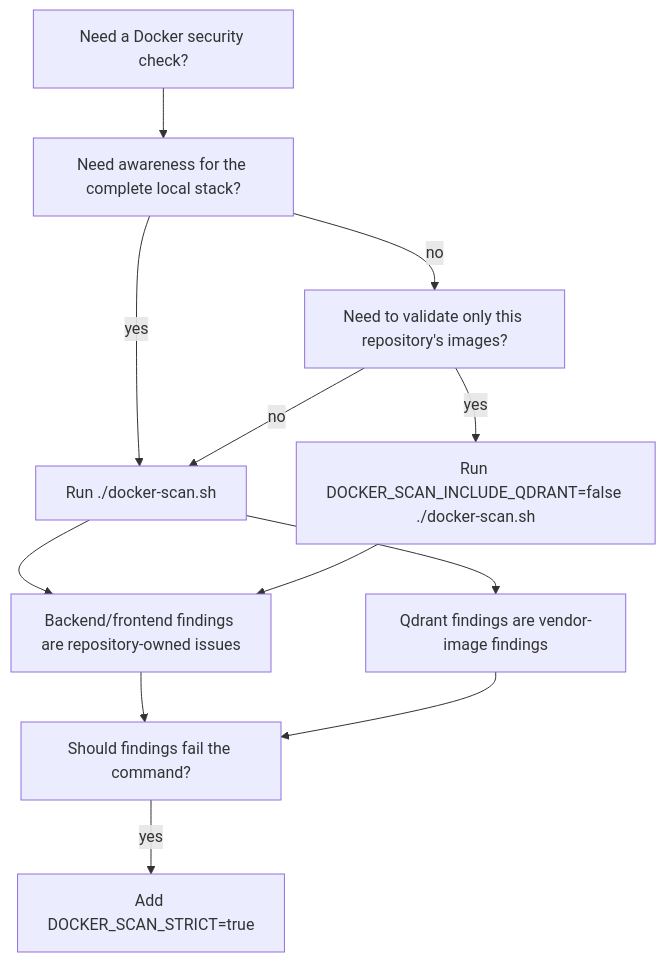
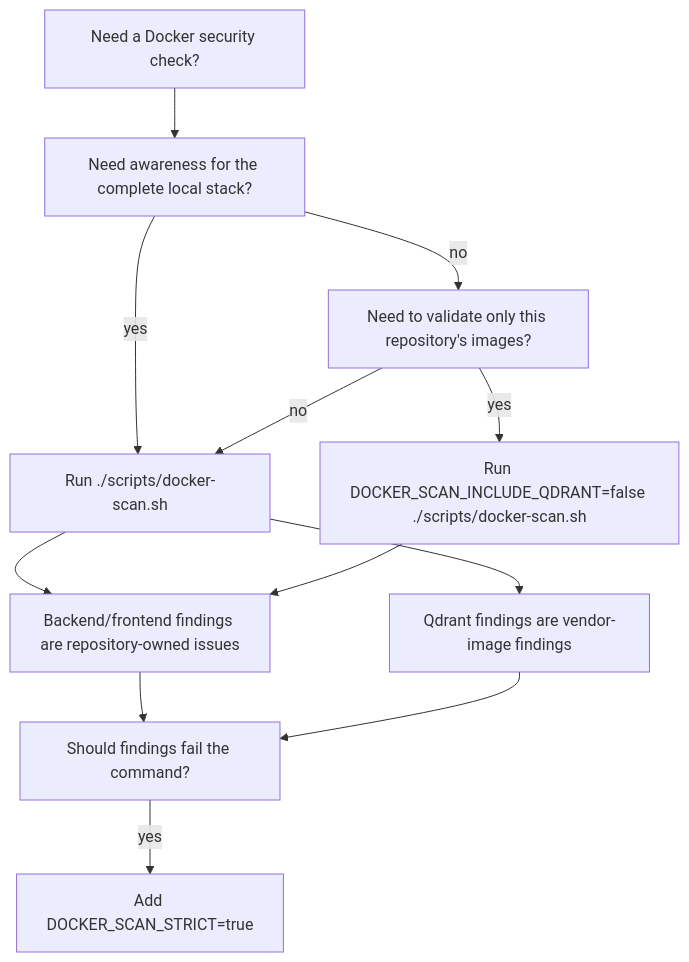
Before and after one commit to jrodolfo/local-genai-lab: the diagram in README.md, drawn with Mermaid. The commit also changed other lines of this file and 38 other files, not shown here.

````diff
--- a/README.md
+++ b/README.md
@@ -418,24 +419,24 @@
 ```mermaid
 flowchart TD
   Start[Need a Docker security check?]
   Full[Need awareness for the complete local stack?]
   Owned[Need to validate only this repository's images?]
   Strict[Should findings fail the command?]
-  RunFull[Run ./docker-scan.sh]
-  RunOwned[Run DOCKER_SCAN_INCLUDE_QDRANT=false ./docker-scan.sh]
+  RunFull[Run ./scripts/docker-scan.sh]
+  RunOwned[Run DOCKER_SCAN_INCLUDE_QDRANT=false ./scripts/docker-scan.sh]
   RunStrict[Add DOCKER_SCAN_STRICT=true]
   Qdrant[Qdrant findings are vendor-image findings]
   App[Backend/frontend findings are repository-owned issues]
 
   Start --> Full
   Full -- yes --> RunFull
   Full -- no --> Owned
   Owned -- yes --> RunOwned
   Owned -- no --> RunFull
   RunFull --> Qdrant
   RunFull --> App
   RunOwned --> App
   App --> Strict
   Qdrant --> Strict
   Strict -- yes --> RunStrict
 ```
````
